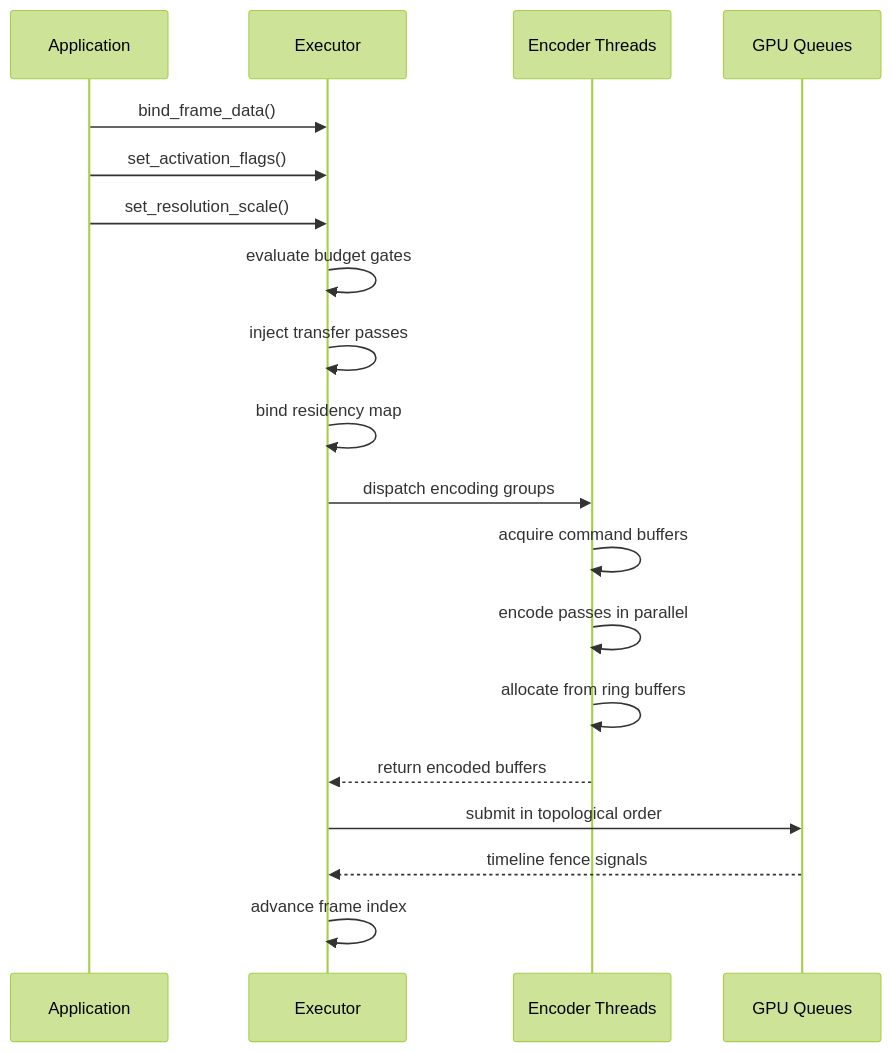
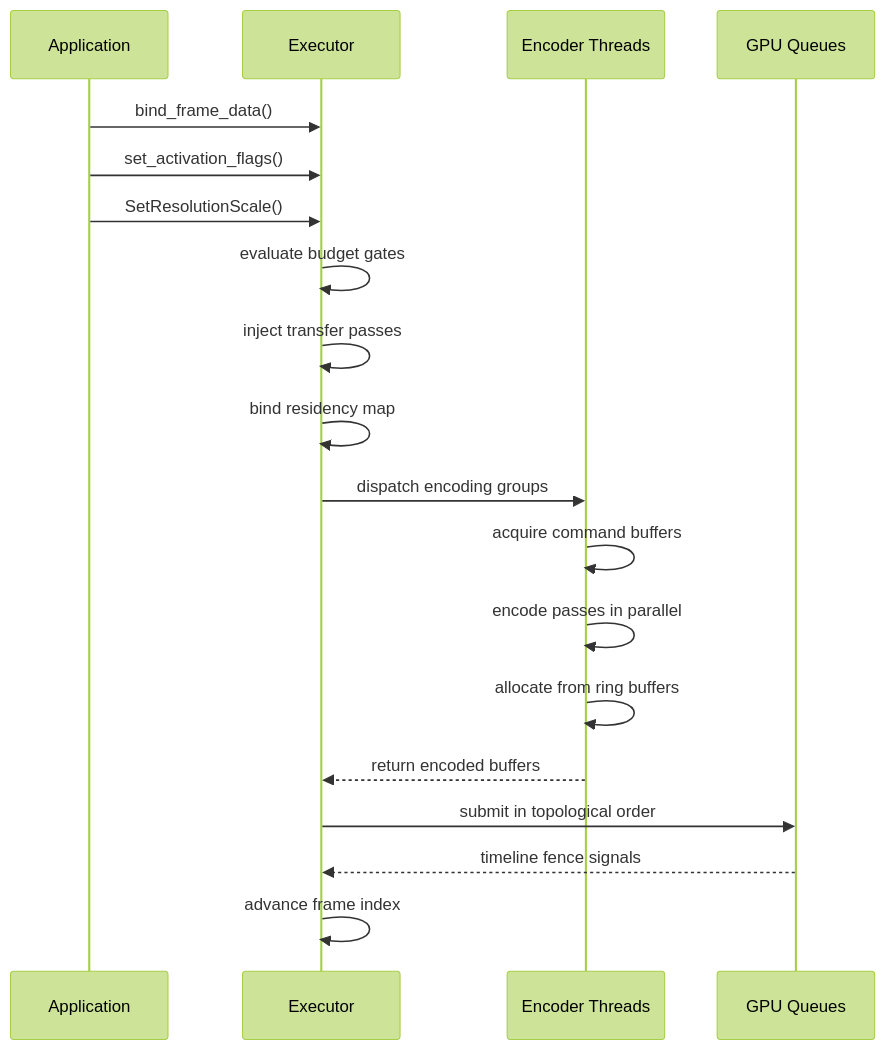
The eighth of 10 diagrams in docs/design/render-graph-design.md (harmonius-dev/harmonius), drawn with Mermaid (forest theme) before and after one commit. The commit also changed other lines of this file and 67 other files, not shown here.

````diff
--- a/docs/design/render-graph-design.md
+++ b/docs/design/render-graph-design.md
@@ -1470,22 +1446,22 @@
 ```mermaid
 sequenceDiagram
     participant App as Application
     participant Exec as Executor
     participant Enc as Encoder Threads
     participant GPU as GPU Queues
 
     App->>Exec: bind_frame_data()
     App->>Exec: set_activation_flags()
-    App->>Exec: set_resolution_scale()
+    App->>Exec: SetResolutionScale()
     Exec->>Exec: evaluate budget gates
     Exec->>Exec: inject transfer passes
     Exec->>Exec: bind residency map
     Exec->>Enc: dispatch encoding groups
     Enc->>Enc: acquire command buffers
     Enc->>Enc: encode passes in parallel
     Enc->>Enc: allocate from ring buffers
     Enc-->>Exec: return encoded buffers
     Exec->>GPU: submit in topological order
     GPU-->>Exec: timeline fence signals
     Exec->>Exec: advance frame index
 ```
````
